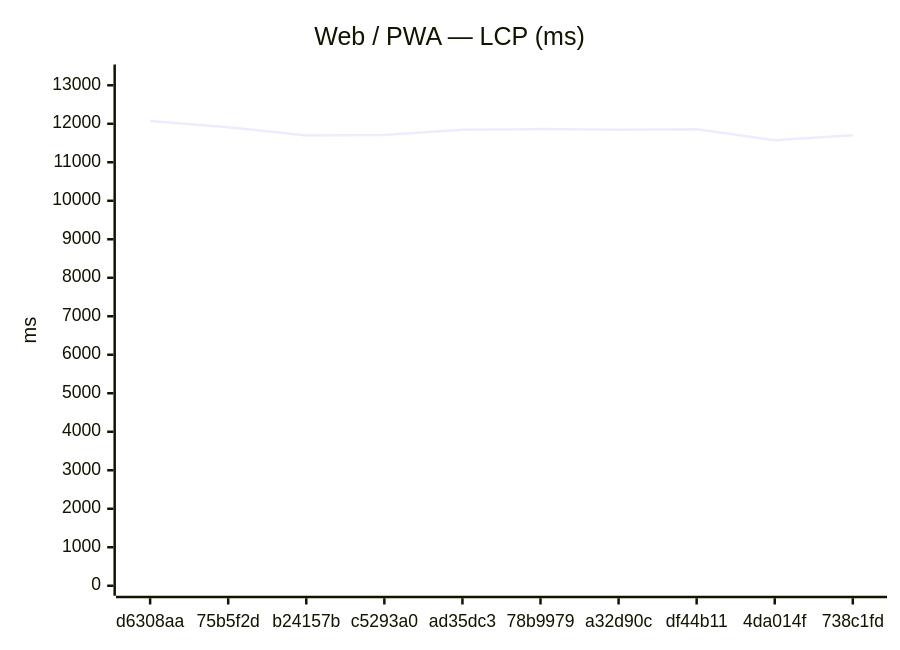
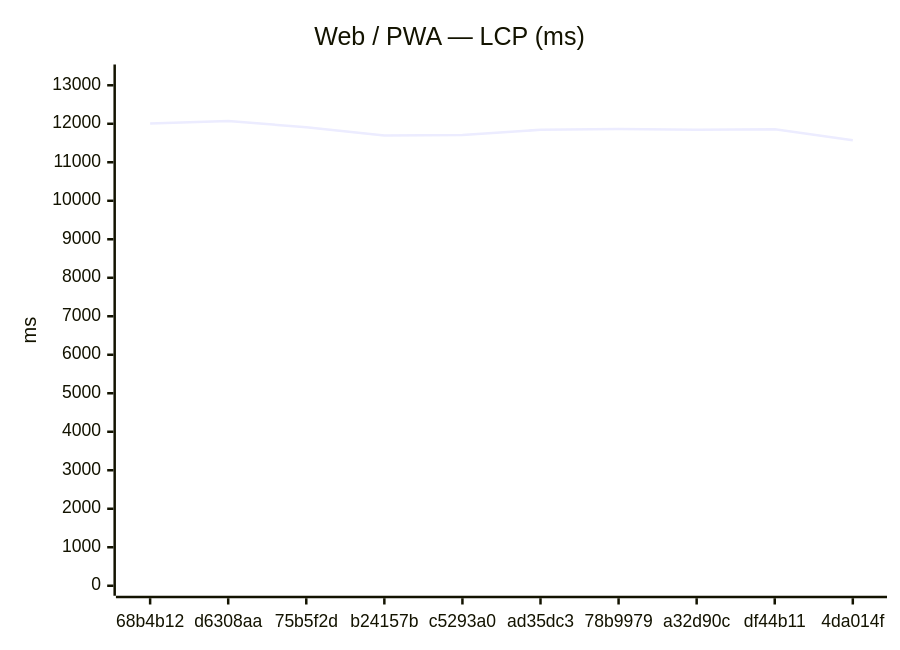
Before and after one commit to Metaheurist/Rianell: the first of 24 diagrams in benchmarks/compare.md, drawn with Mermaid. The commit also changed other lines of this file and 14 other files, not shown here.

````diff
--- a/benchmarks/compare.md
+++ b/benchmarks/compare.md
@@ -24,7 +24,7 @@
 ```mermaid
 xychart-beta
     title "Web / PWA — LCP (ms)"
-    x-axis ["d6308aa", "75b5f2d", "b24157b", "c5293a0", "ad35dc3", "78b9979", "a32d90c", "df44b11", "4da014f", "738c1fd"]
+    x-axis ["68b4b12", "d6308aa", "75b5f2d", "b24157b", "c5293a0", "ad35dc3", "78b9979", "a32d90c", "df44b11", "4da014f"]
     y-axis "ms" 0 --> 13280
-    line [12072, 11911, 11695, 11707, 11844, 11862, 11845, 11860, 11572, 11701]
+    line [12007, 12072, 11911, 11695, 11707, 11844, 11862, 11845, 11860, 11572]
 ```
````
